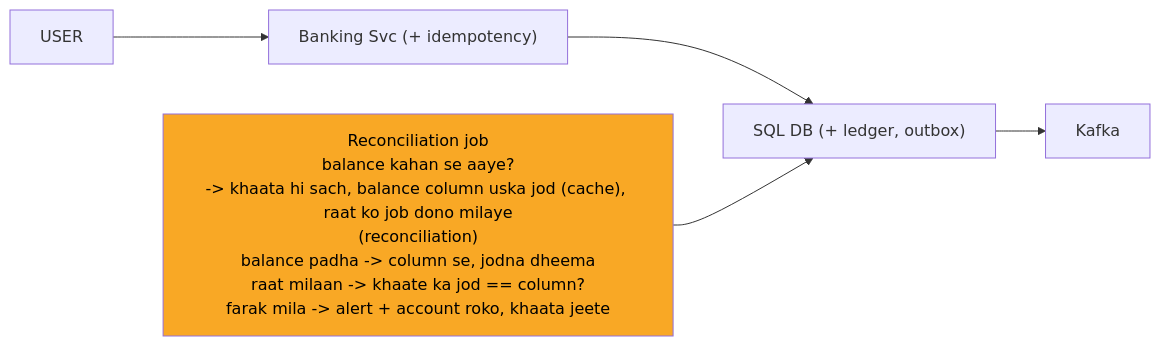
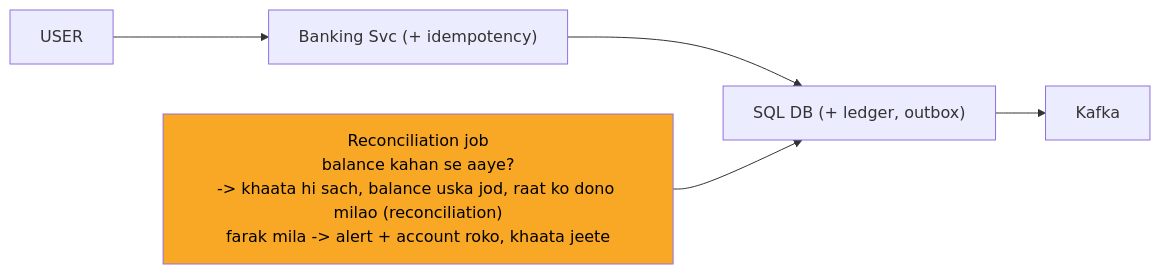
Before and after one commit to ArpanMaheshwari144/Prep: the diagram in 04_HLD/SYSTEM_DESIGNS/13_banking_system/img/c6.mmd, drawn with Mermaid. The commit also changed 76 other files, not shown here.

```diff
--- a/04_HLD/SYSTEM_DESIGNS/13_banking_system/img/c6.mmd
+++ b/04_HLD/SYSTEM_DESIGNS/13_banking_system/img/c6.mmd
@@ -1,12 +1,12 @@
 %%{init: {"flowchart": {"wrappingWidth": 450}}}%%
 flowchart LR
     n_USER["USER"]
     n_SVC["Banking Svc (+ idempotency)"]
     n_DB["SQL DB (+ ledger, outbox)"]
     n_K["Kafka"]
-    n_REC["Reconciliation job<br/>balance kahan se aaye?<br/>-> khaata hi sach, balance column uska jod (cache), raat ko job dono milaye<br/>(reconciliation)<br/>balance padha -> column se, jodna dheema<br/>raat milaan -> khaate ka jod == column?<br/>farak mila -> alert + account roko, khaata jeete"]
+    n_REC["Reconciliation job<br/>balance kahan se aaye?<br/>-> khaata hi sach, balance uska jod, raat ko dono milao (reconciliation)<br/>farak mila -> alert + account roko, khaata jeete"]
     n_USER --> n_SVC
     n_SVC --> n_DB
     n_DB --> n_K
     n_REC --> n_DB
     style n_REC fill:#f9a825,color:#000
```
